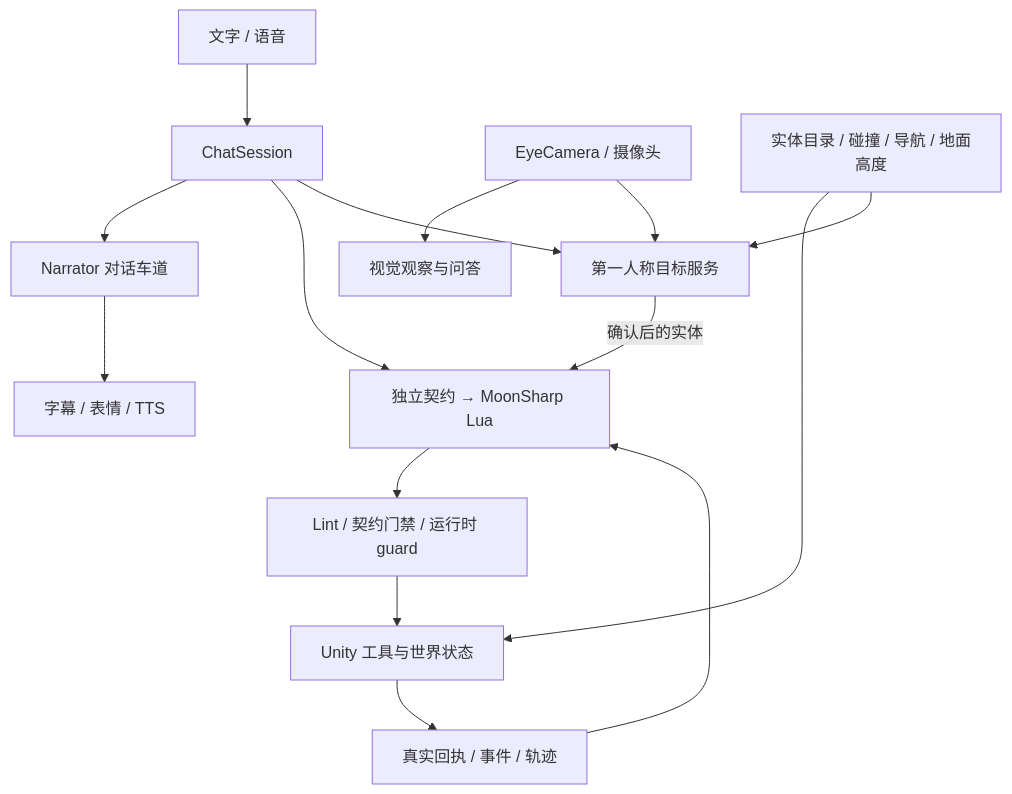
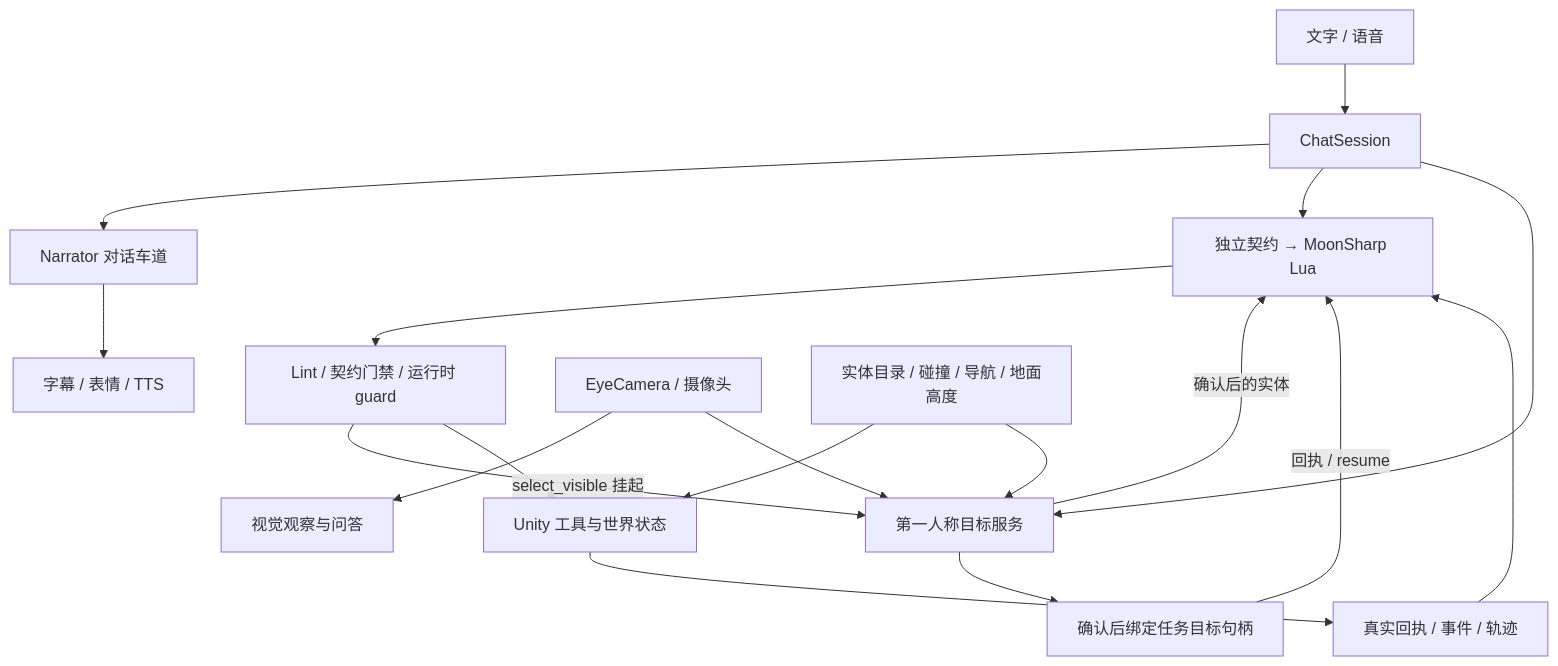
The first of 6 diagrams in docs/architecture.md (wbcyyds123321/digital-human), drawn with Mermaid before and after one commit. The commit also changed other lines of this file and 49 other files, not shown here.

````diff
--- a/docs/architecture.md
+++ b/docs/architecture.md
@@ -9,17 +9,20 @@
 ```mermaid
 flowchart TB
  U[文字 / 语音] --> C[ChatSession]
  C --> D[Narrator 对话车道]
  C --> A[独立契约 → MoonSharp Lua]
  C --> F[第一人称目标服务]
  D --> O[字幕 / 表情 / TTS]
  F -->|确认后的实体| A
  A --> G[Lint / 契约门禁 / 运行时 guard]
+ G -->|select_visible 挂起| F
+ F --> H[确认后绑定任务目标句柄]
+ H -->|回执 / resume| A
  G --> W[Unity 工具与世界状态]
  W --> R[真实回执 / 事件 / 轨迹]
  R --> A
  E[EyeCamera / 摄像头] --> V[视觉观察与问答]
  E --> F
  M[实体目录 / 碰撞 / 导航 / 地面高度] --> W
  M --> F
 ```
````
